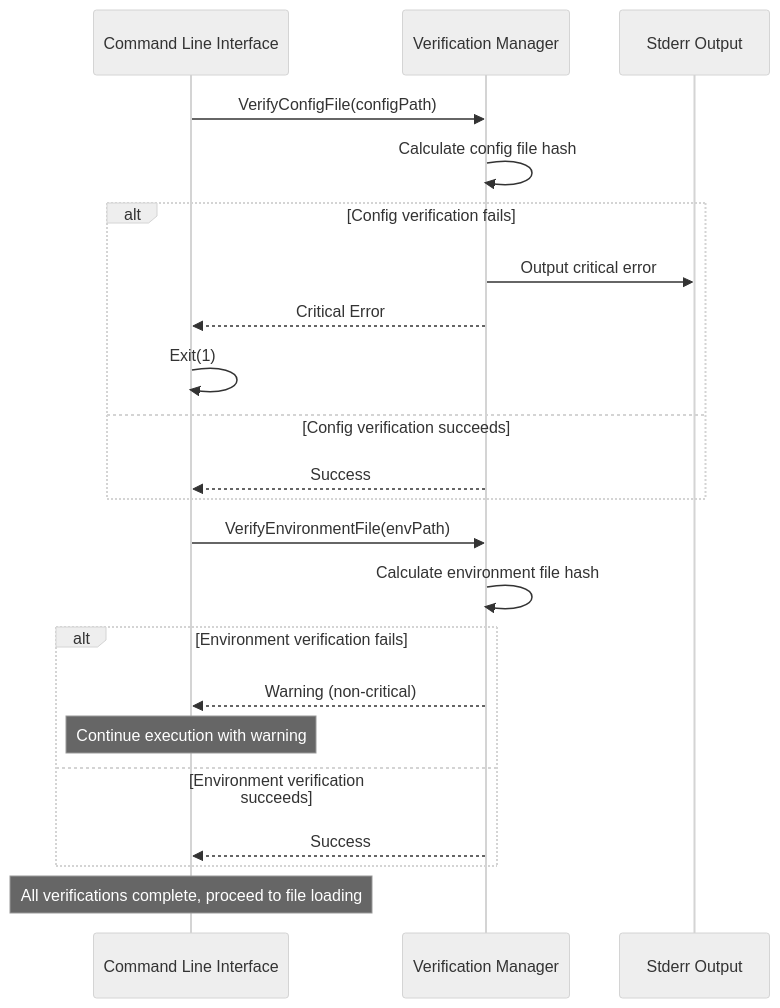
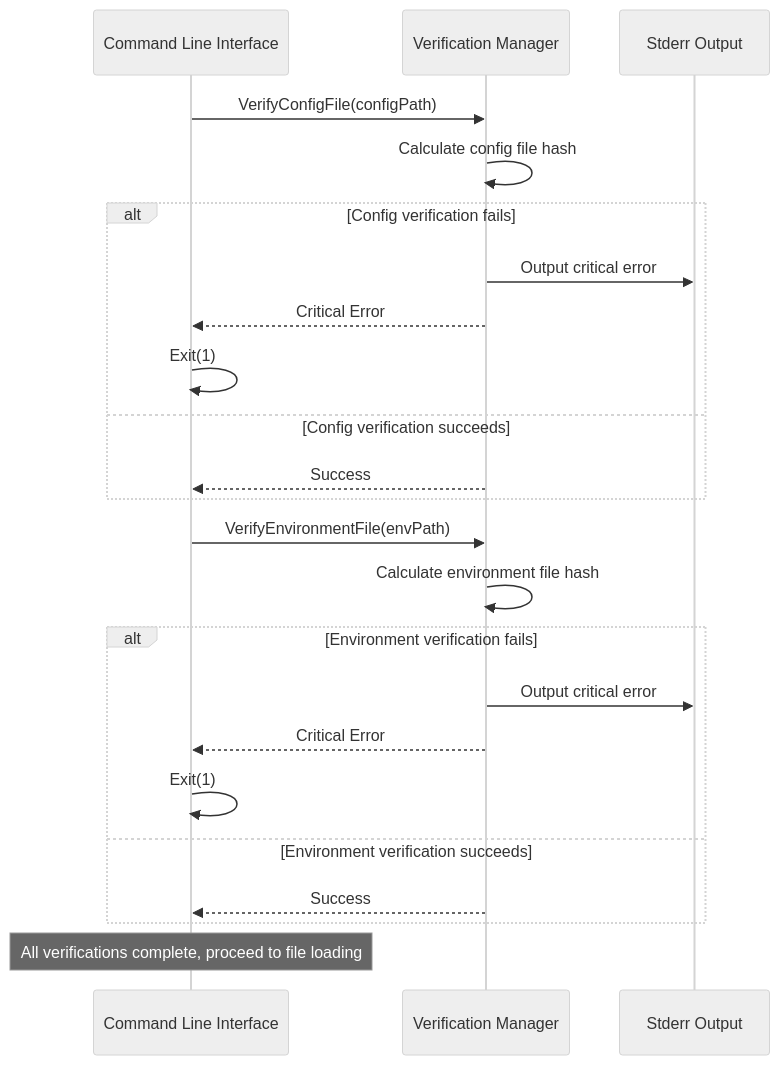
Before and after one commit to isseis/go-safe-cmd-runner: the fifth of 7 diagrams in docs/tasks/0021_config_verification_timing/02_architecture.md, drawn with Mermaid (neutral theme). The commit also changed other lines of this file and 1 other file, not shown here.

First line of the commit message:
Make HashDirectoryError type-safe and clarify config verification docs

````diff
--- a/docs/tasks/0021_config_verification_timing/02_architecture.md
+++ b/docs/tasks/0021_config_verification_timing/02_architecture.md
@@ -171,27 +172,28 @@
 ```mermaid
 sequenceDiagram
     participant CLI as Command Line Interface
     participant VM as Verification Manager
     participant STDERR as Stderr Output
 
     CLI->>VM: VerifyConfigFile(configPath)
     VM->>VM: Calculate config file hash
     alt Config verification fails
         VM->>STDERR: Output critical error
         VM-->>CLI: Critical Error
         CLI->>CLI: Exit(1)
     else Config verification succeeds
         VM-->>CLI: Success
     end
 
     CLI->>VM: VerifyEnvironmentFile(envPath)
     VM->>VM: Calculate environment file hash
     alt Environment verification fails
-        VM-->>CLI: Warning (non-critical)
-        Note over CLI: Continue execution with warning
+        VM->>STDERR: Output critical error
+        VM-->>CLI: Critical Error
+        CLI->>CLI: Exit(1)
     else Environment verification succeeds
         VM-->>CLI: Success
     end
 
     Note over CLI: All verifications complete, proceed to file loading
 ```
````
